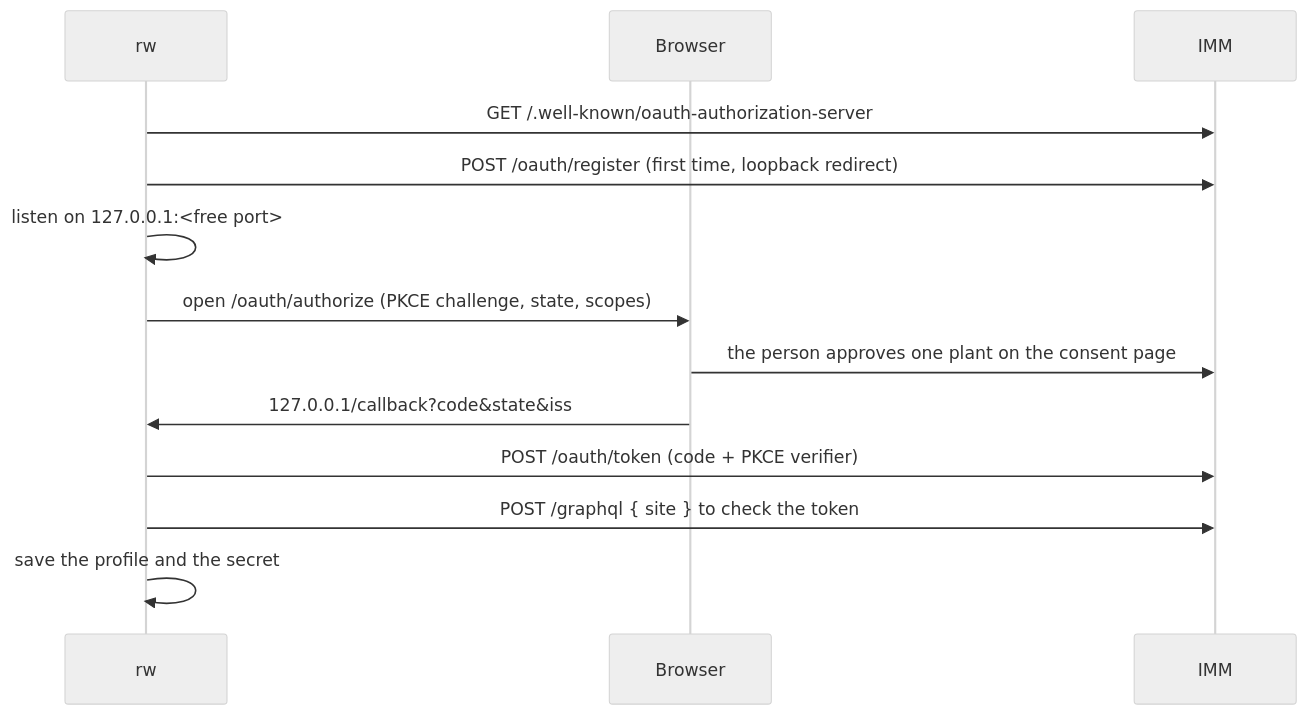
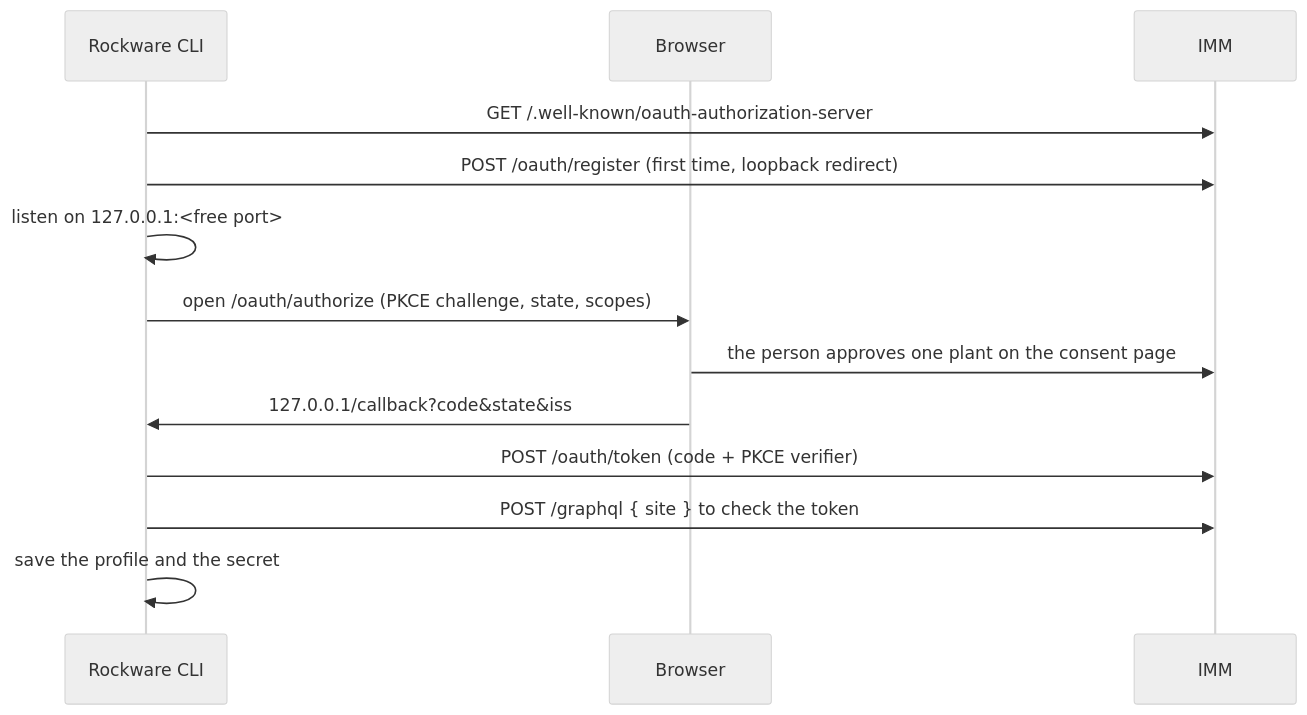
Before and after one commit to rockwarehq/rockware-cli: the diagram in ARCHITECTURE.md, drawn with Mermaid (neutral theme). The commit also changed other lines of this file and 9 other files, not shown here.

First line of the commit message:
Installer PATH line, README license section, and the Rockware CLI name (#5)

````diff
--- a/ARCHITECTURE.md
+++ b/ARCHITECTURE.md
@@ -56,15 +56,15 @@
 ```mermaid
 sequenceDiagram
-  participant R as rw
+  participant R as Rockware CLI
   participant B as Browser
   participant I as IMM
   R->>I: GET /.well-known/oauth-authorization-server
   R->>I: POST /oauth/register (first time, loopback redirect)
   R->>R: listen on 127.0.0.1:<free port>
   R->>B: open /oauth/authorize (PKCE challenge, state, scopes)
   B->>I: the person approves one plant on the consent page
   B->>R: 127.0.0.1/callback?code&state&iss
   R->>I: POST /oauth/token (code + PKCE verifier)
   R->>I: POST /graphql { site } to check the token
   R->>R: save the profile and the secret
 ```
````
